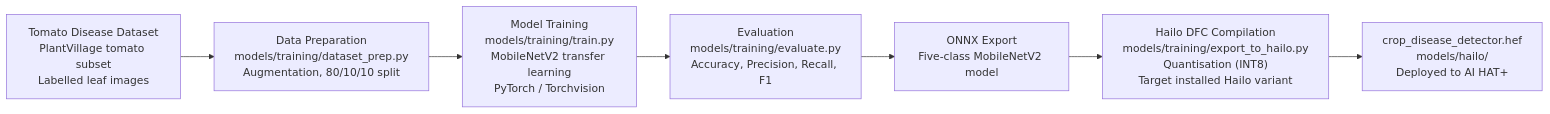
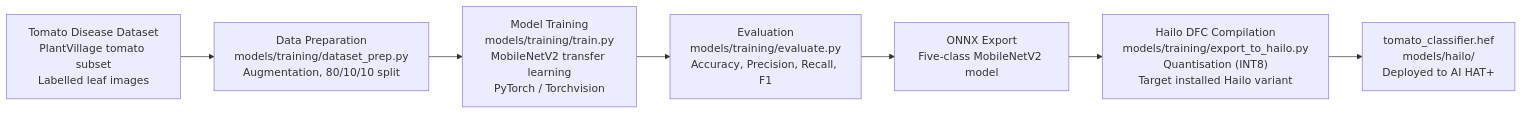
One commit to thetruesammyjay/IoT-System-for-Disease-Detection-in-Crops changed the eighth of 10 diagrams in README.md. Above: the diagram before and after it, drawn with Mermaid. The commit also changed other lines of this file, not shown here.

Commit message:
tomato only, five class MobileNetV2 Classification

````diff
--- a/README.md
+++ b/README.md
@@ -739,9 +732,9 @@
 ```mermaid
 flowchart LR
     A["Tomato Disease Dataset\nPlantVillage tomato subset\nLabelled leaf images"] --> B["Data Preparation\nmodels/training/dataset_prep.py\nAugmentation, 80/10/10 split"]
     B --> C["Model Training\nmodels/training/train.py\nMobileNetV2 transfer learning\nPyTorch / Torchvision"]
     C --> D["Evaluation\nmodels/training/evaluate.py\nAccuracy, Precision, Recall, F1"]
     D --> E["ONNX Export\nFive-class MobileNetV2 model"]
     E --> F["Hailo DFC Compilation\nmodels/training/export_to_hailo.py\nQuantisation (INT8)\nTarget installed Hailo variant"]
-    F --> G["crop_disease_detector.hef\nmodels/hailo/\nDeployed to AI HAT+"]
+    F --> G["tomato_classifier.hef\nmodels/hailo/\nDeployed to AI HAT+"]
 ```
````
